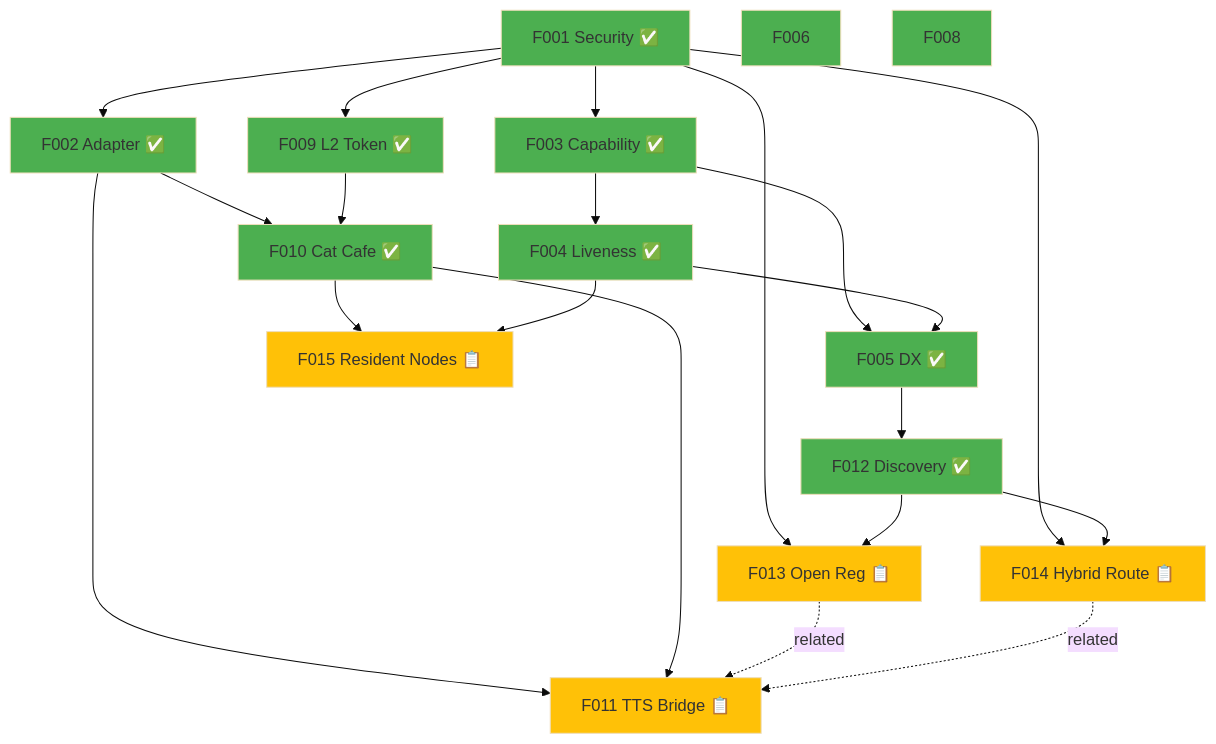
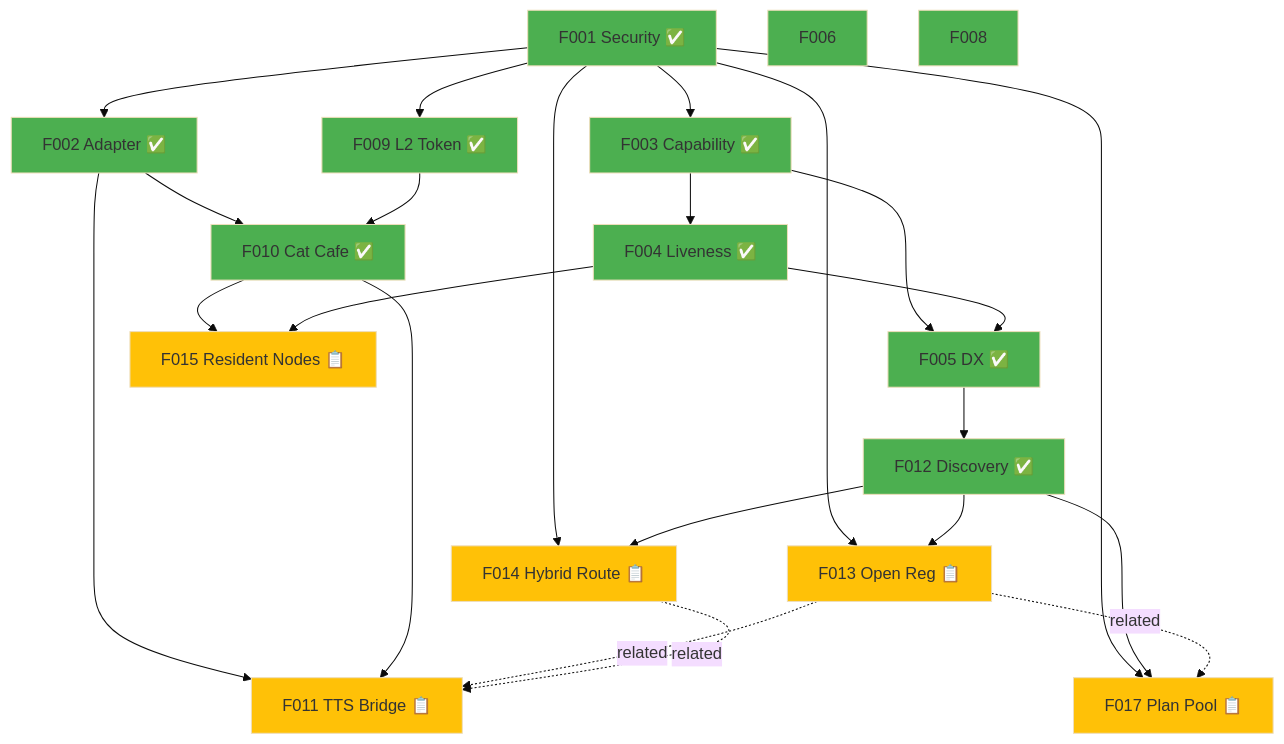
One commit to xu75/agent-mesh-doc changed the first of 4 diagrams in docs/ARCHITECTURE.zh-CN.md. Above: the diagram before and after it, drawn with Mermaid (base theme). The commit also changed other lines of this file and 3 other files, not shown here.

````diff
--- a/docs/ARCHITECTURE.zh-CN.md
+++ b/docs/ARCHITECTURE.zh-CN.md
@@ -160,37 +161,41 @@
 ```mermaid
 graph TD
     F001[F001 Security ✅] --> F002[F002 Adapter ✅]
     F001 --> F003[F003 Capability ✅]
     F001 --> F009[F009 L2 Token ✅]
     F001 --> F013[F013 Open Reg 📋]
     F001 --> F014[F014 Hybrid Route 📋]
     F003 --> F004[F004 Liveness ✅]
     F003 --> F005[F005 DX ✅]
     F004 --> F005
     F002 --> F010[F010 Cat Cafe ✅]
     F009 --> F010
     F005 --> F012[F012 Discovery ✅]
     F010 --> F015[F015 Resident Nodes 📋]
     F004 --> F015
     F002 --> F011[F011 TTS Bridge 📋]
     F010 --> F011
     F012 --> F013
     F012 --> F014
     F013 -.related.-> F011
     F014 -.related.-> F011
+    F001 --> F017[F017 Plan Pool 📋]
+    F012 --> F017
+    F013 -.related.-> F017
 
     style F001 fill:#4CAF50
     style F002 fill:#4CAF50
     style F003 fill:#4CAF50
     style F004 fill:#4CAF50
     style F005 fill:#4CAF50
     style F006 fill:#4CAF50
     style F008 fill:#4CAF50
     style F009 fill:#4CAF50
     style F010 fill:#4CAF50
     style F012 fill:#4CAF50
     style F011 fill:#FFC107
     style F013 fill:#FFC107
     style F014 fill:#FFC107
     style F015 fill:#FFC107
+    style F017 fill:#FFC107
 ```
````
